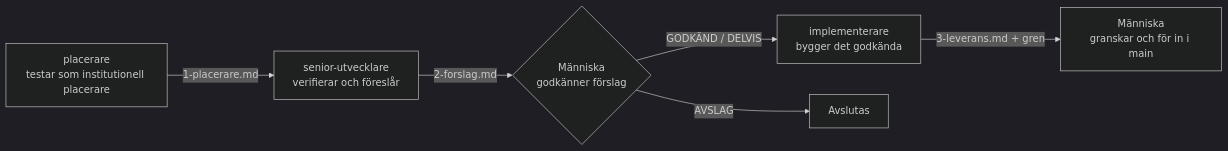
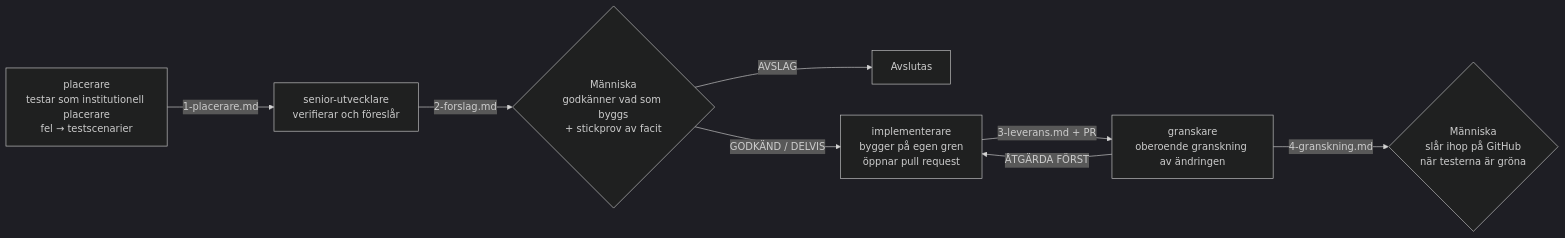
The diagram in docs/agentfloden/forbattring/README.md (SCAPAB/SCAP), drawn with Mermaid (dark theme) before and after one commit. The commit also changed other lines of this file and 15 other files, not shown here.

First line of the commit message:
Agentflöden enligt god praxis: tekniska spärrar, beslutskontroll på GitHub, pull request och oberoende granskning

````diff
--- a/docs/agentfloden/forbattring/README.md
+++ b/docs/agentfloden/forbattring/README.md
@@ -6,8 +6,10 @@
 ```mermaid
 flowchart LR
-    P["placerare<br/>testar som institutionell placerare"] -->|1-placerare.md| S["senior-utvecklare<br/>verifierar och föreslår"]
-    S -->|2-forslag.md| H{"Människa<br/>godkänner förslag"}
-    H -->|GODKÄND / DELVIS| I["implementerare<br/>bygger det godkända"]
+    P["placerare<br/>testar som institutionell placerare<br/>fel → testscenarier"] -->|1-placerare.md| S["senior-utvecklare<br/>verifierar och föreslår"]
+    S -->|2-forslag.md| H{"Människa<br/>godkänner vad som byggs<br/>+ stickprov av facit"}
     H -->|AVSLAG| X["Avslutas"]
-    I -->|3-leverans.md + gren| M["Människa<br/>granskar och för in i main"]
+    H -->|GODKÄND / DELVIS| I["implementerare<br/>bygger på egen gren<br/>öppnar pull request"]
+    I -->|3-leverans.md + PR| G["granskare<br/>oberoende granskning av ändringen"]
+    G -->|ÅTGÄRDA FÖRST| I
+    G -->|4-granskning.md| M{"Människa<br/>slår ihop på GitHub<br/>när testerna är gröna"}
 ```
````
